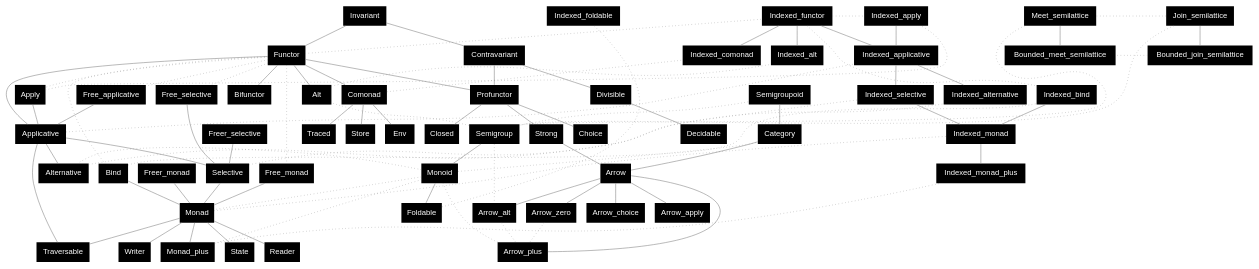
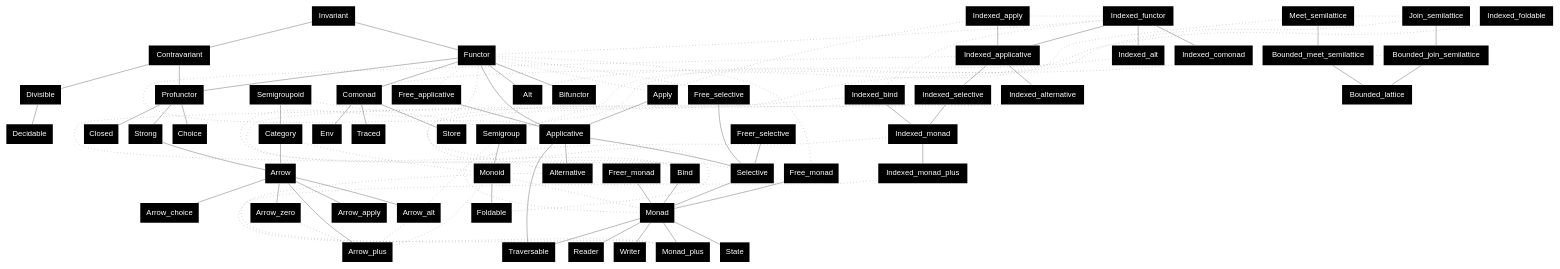
One commit to xvw/preface changed the diagram in .github/dot/specs.dot. Above: the diagram before and after it, drawn with Graphviz. The commit also changed 12 other files, not shown here.

```diff
--- a/.github/dot/specs.dot
+++ b/.github/dot/specs.dot
@@ -1,103 +1,105 @@
 graph {
         node [shape=plaintext; fontname = "Helvetica"; style=filled; fillcolor=black; fontcolor=white];
         edge [color = gray];
 
         Invariant;
         Invariant -- Functor;
         Invariant -- Contravariant;
         Contravariant;
         Divisible;
         Decidable;
         Functor -- Applicative -- Selective -- Monad;
         Functor -- Apply [style=dotted; arrowhead=none; constraint=false];
         Apply -- Applicative;
         Bind -- Monad;
         Functor -- Bind [style=dotted; arrowhead=none; constraint=false];
         Applicative -- Alternative;
         Monad -- Monad_plus;
         Functor -- Alt;
         Functor -- Comonad;
 
         Functor -- Indexed_functor [style=dotted; arrowhead=none; constraint=false];
         Alt -- Indexed_alt [style=dotted; arrowhead=none; constraint=false];
         Apply -- Indexed_apply [style=dotted; arrowhead=none; constraint=false];
         Applicative -- Indexed_applicative [style=dotted; arrowhead=none; constraint=false];
         Alternative -- Indexed_alternative [style=dotted; arrowhead=none; constraint=false];
         Selective -- Indexed_selective [style=dotted; arrowhead=none; constraint=false];
         Bind -- Indexed_bind [style=dotted; arrowhead=none; constraint=false];
         Monad -- Indexed_monad [style=dotted; arrowhead=none; constraint=false];
         Monad_plus -- Indexed_monad_plus [style=dotted; arrowhead=none; constraint=false];
         Comonad -- Indexed_comonad [style=dotted; arrowhead=none; constraint=false];
         Foldable -- Indexed_foldable [style=dotted; arrowhead=none; constraint=false];
 
         Indexed_functor -- Indexed_applicative -- Indexed_selective -- Indexed_monad;
         Indexed_functor -- Indexed_apply [style=dotted; arrowhead=none; constraint=false];
         Indexed_apply -- Indexed_applicative;
         Indexed_bind -- Indexed_monad;
         Indexed_functor -- Indexed_bind [style=dotted; arrowhead=none; constraint=false];
         Indexed_applicative -- Indexed_alternative;
         Indexed_monad -- Indexed_monad_plus;
         Indexed_functor -- Indexed_alt;
         Indexed_functor -- Indexed_comonad;
         
         Semigroup -- Monoid;
         Monoid -- Alternative [style=dotted; arrowhead=none; constraint=false];
         Monoid -- Monad_plus [style=dotted; arrowhead=none; constraint=false];
         Semigroup -- Alt [style=dotted; arrowhead=none; constraint=false];
         Monoid -- Monad [style=dotted; arrowhead=none];
         Monoid -- Foldable;
 
         Functor -- Free_selective [style=dotted; arrowhead=none];
         Functor -- Free_applicative [style=dotted; arrowhead=none];
         Functor -- Free_monad [style=dotted; arrowhead=none];
         
         Free_selective -- Selective;
         Freer_selective -- Selective;
         Free_applicative -- Applicative;
         Free_monad -- Monad;
         Freer_monad -- Monad;
 
         Profunctor;
         Bifunctor;
 
         Contravariant -- Divisible -- Decidable;
         Contravariant -- Profunctor;
         Functor -- Profunctor;
         Functor -- Bifunctor;
 
         Monad -- State;
         Monad -- Reader;
         Monad -- Writer;
 
         Comonad -- Store;
         Comonad -- Env;
         Comonad -- Traced;
 
         Applicative -- Traversable;
         Monad -- Traversable;
 
         Semigroup -- Semigroupoid [style=dotted; arrowhead=none; constraint=false];
         Monoid -- Category [style=dotted; arrowhead=none; constraint=false];
         Semigroupoid -- Category
         Category -- Arrow;
         Profunctor -- Strong;
         Profunctor -- Choice;
         Profunctor -- Closed;
         Strong -- Arrow;
         Arrow -- Arrow_zero;
         Arrow -- Arrow_alt;
         Arrow -- Arrow_plus;
         Arrow -- Arrow_choice;
         Arrow -- Arrow_apply;
         Arrow_zero -- Arrow_plus [style=dotted; arrowhead=none];
         Arrow_alt -- Arrow_plus [style=dotted; arrowhead=none];
         Monoid -- Arrow_plus [style=dotted; arrowhead=none];
         Semigroup -- Arrow_alt [style=dotted; arrowhead=none];
 
         Meet_semilattice -- Semigroup [style=dotted; arrowhead=none; constraint=false];
         Meet_semilattice -- Bounded_meet_semilattice;
         Join_semilattice -- Semigroup [style=dotted; arrowhead=none; constraint=false];
         Join_semilattice -- Bounded_join_semilattice;
         Join_semilattice -- Meet_semilattice [style=dotted; arrowhead=none; constraint=false];
         Bounded_join_semilattice -- Bounded_meet_semilattice [style=dotted; arrowhead=none; constraint=false];
+        Bounded_join_semilattice -- Bounded_lattice
+        Bounded_meet_semilattice -- Bounded_lattice
 }
```
